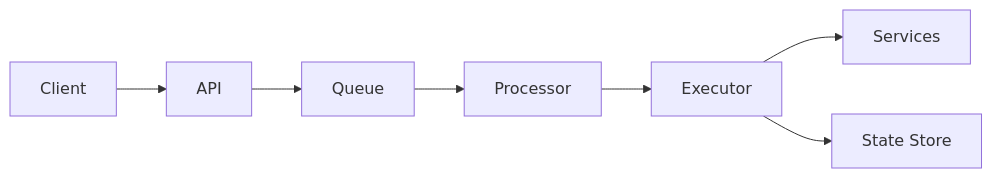
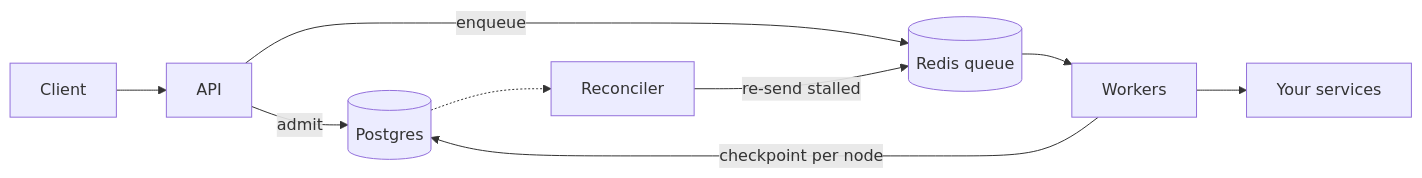
One commit to thiagoribeiro/trama changed the diagram in README.md. Above: the diagram before and after it, drawn with Mermaid. The commit also changed other lines of this file, not shown here.

````diff
--- a/README.md
+++ b/README.md
@@ -188,9 +225,11 @@
 ```mermaid
 flowchart LR
   C[Client] --> A[API]
-  A --> Q[Queue]
-  Q --> P[Processor]
-  P --> E[Executor]
-  E --> S[Services]
-  E --> ST[State Store]
+  A -- admit --> PG[(Postgres)]
+  A -- enqueue --> Q[(Redis queue)]
+  Q --> W[Workers]
+  W --> S[Your services]
+  W -- checkpoint per node --> PG
+  R[Reconciler] -- re-send stalled --> Q
+  PG -.-> R
 ```
````
